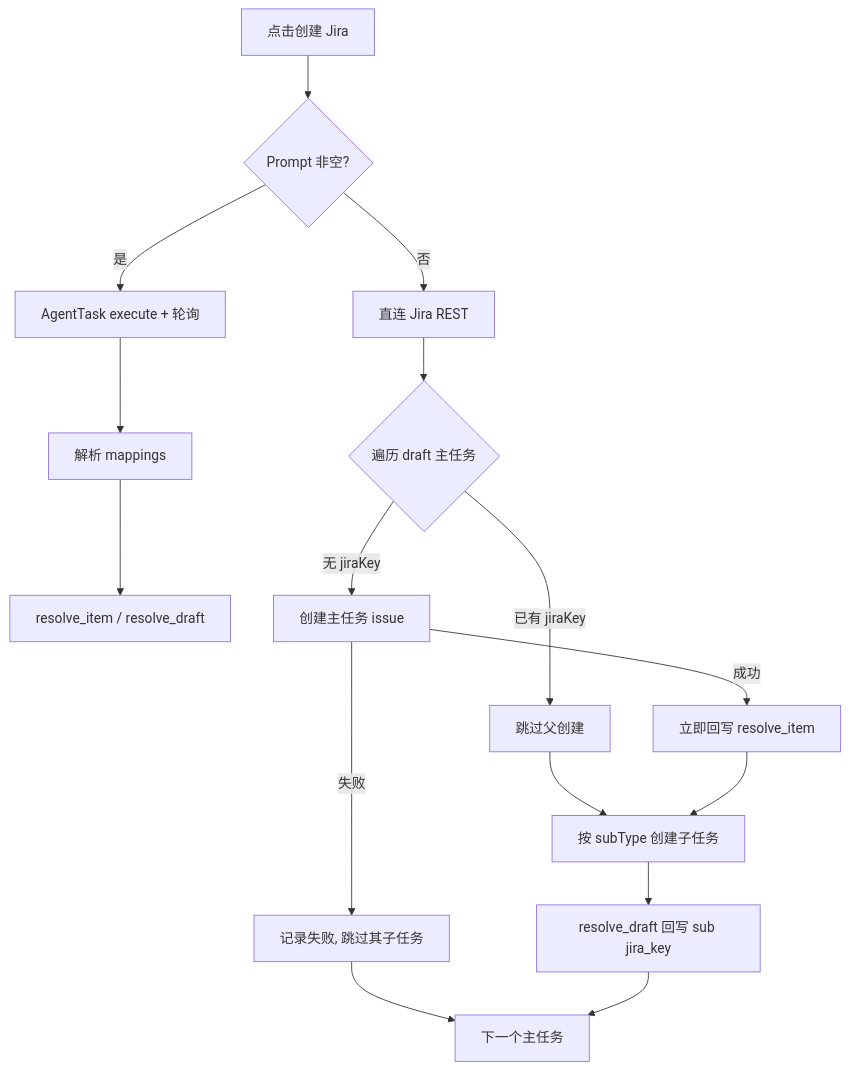
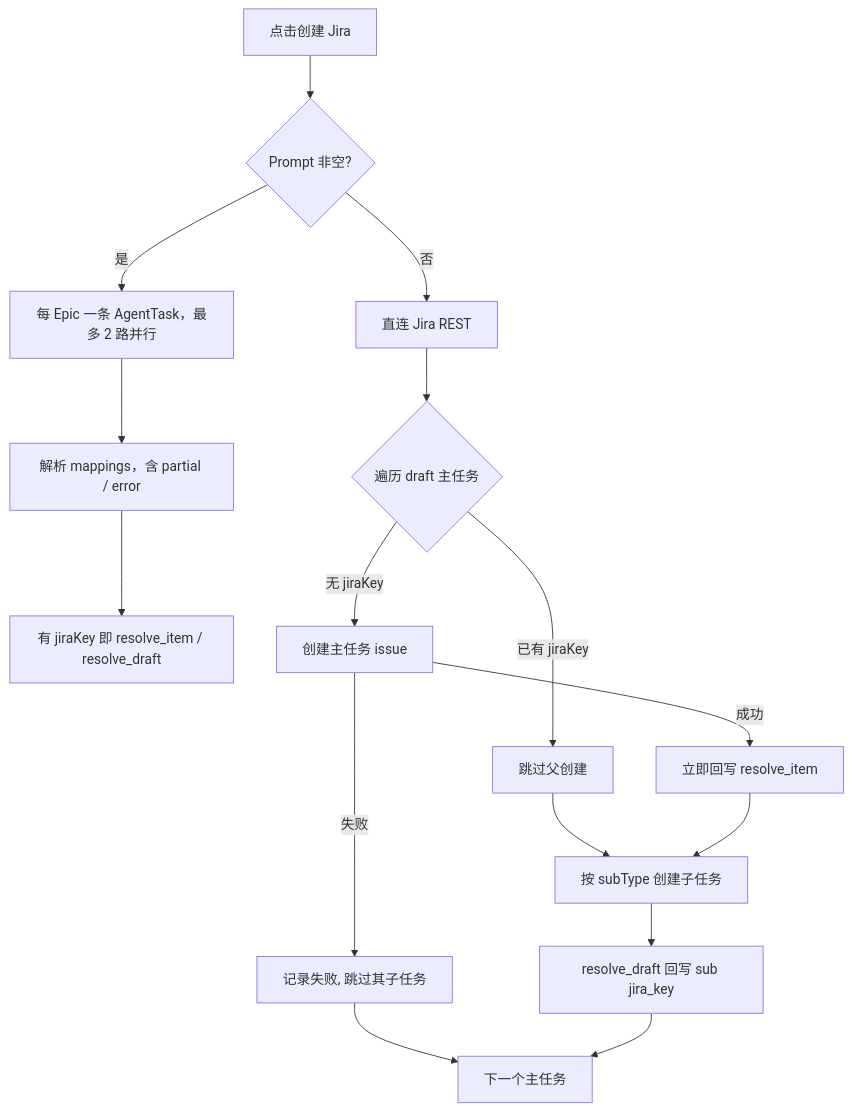
One commit to ee01/Personal-AI changed the diagram in docs/features/personal_roadmap.md. Above: the diagram before and after it, drawn with Mermaid. The commit also changed other lines of this file and 205 other files, not shown here.

First line of the commit message:
chore: sync remaining workspace across memory, roadmap, and extension

````diff
--- a/docs/features/personal_roadmap.md
+++ b/docs/features/personal_roadmap.md
@@ -128,18 +182,18 @@
 ```mermaid
 flowchart TD
     Start[点击创建 Jira] --> Mode{Prompt 非空?}
     Mode -->|否| Direct[直连 Jira REST]
-    Mode -->|是| Agent[AgentTask execute + 轮询]
+    Mode -->|是| Agent[每 Epic 一条 AgentTask，最多 2 路并行]
     Direct --> Loop{遍历 draft 主任务}
-    Agent --> Map[解析 mappings]
-    Map --> ResolveAll[resolve_item / resolve_draft]
+    Agent --> Map[解析 mappings，含 partial / error]
+    Map --> ResolveAll[有 jiraKey 即 resolve_item / resolve_draft]
     Loop -->|已有 jiraKey| SkipParent[跳过父创建]
     Loop -->|无 jiraKey| CreateParent[创建主任务 issue]
     CreateParent -->|失败| MarkFail[记录失败, 跳过其子任务]
     CreateParent -->|成功| ResolveItem[立即回写 resolve_item]
     SkipParent --> Children
     ResolveItem --> Children[按 subType 创建子任务]
     Children --> ResolveDraft[resolve_draft 回写 sub jira_key]
     MarkFail --> Next[下一个主任务]
     ResolveDraft --> Next
 ```
````
